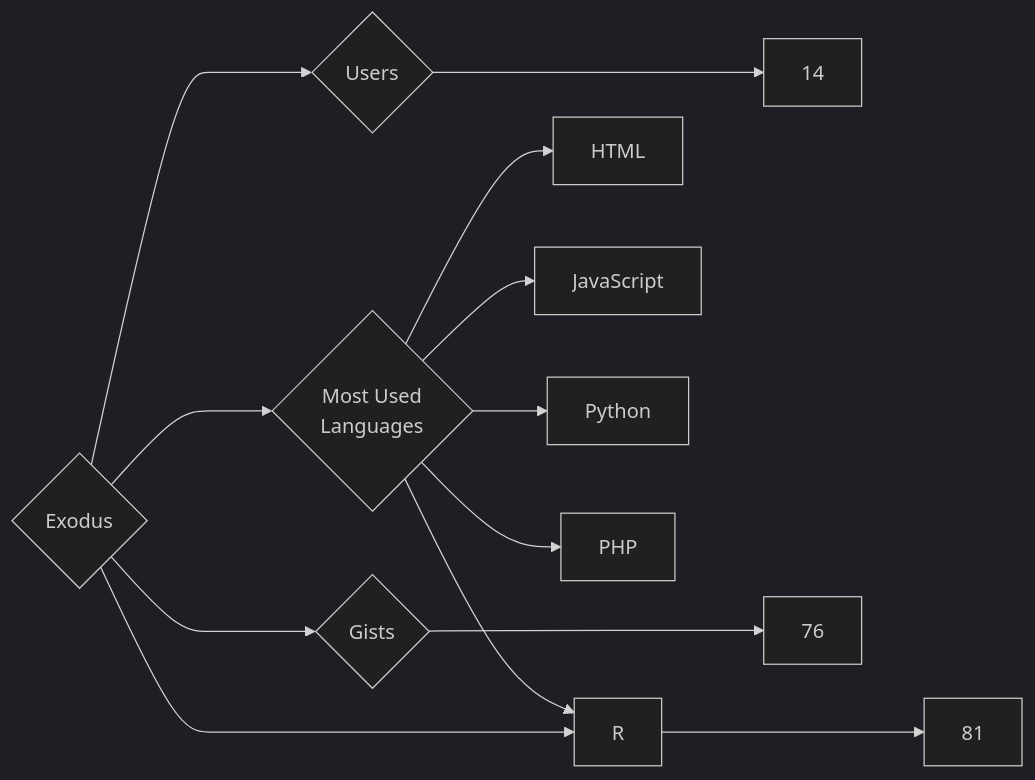
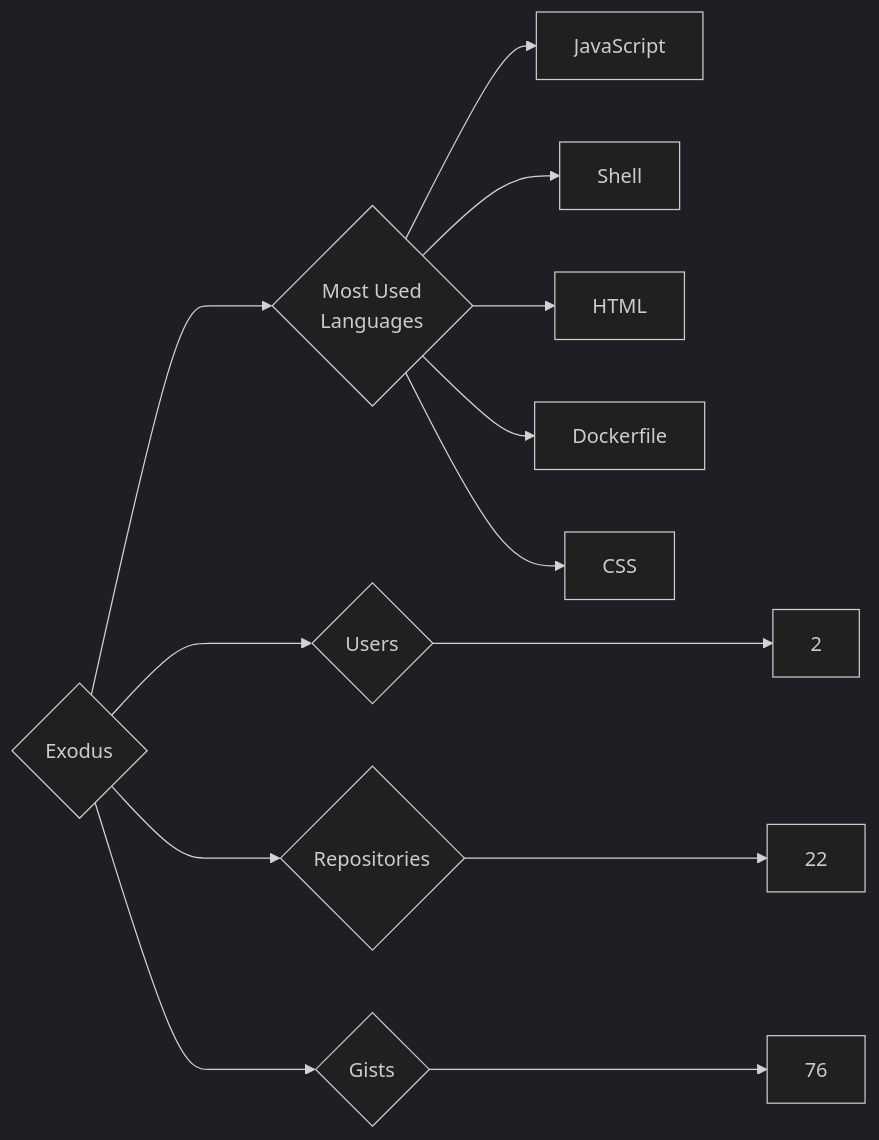
The diagram in targets/Exodus/README.md (trickest/insiders), drawn with Mermaid (dark theme) before and after one commit. The commit also changed 899 other files, not shown here.

````diff
--- a/targets/Exodus/README.md
+++ b/targets/Exodus/README.md
@@ -3,13 +3,13 @@
 ```mermaid
 graph LR
 COMPANY_NAME{Exodus}
-COMPANY_NAME ---> U{Users} ---> UN[14]
-COMPANY_NAME ---> R{Repositories} ---> RN[81]
+COMPANY_NAME ---> U{Users} ---> UN[2]
+COMPANY_NAME ---> R{Repositories} ---> RN[22]
 COMPANY_NAME ---> G{Gists} ---> GN[76]
 COMPANY_NAME ---> ML{Most Used<br>Languages}
+ML --> JavaScript[JavaScript]
+ML --> Shell[Shell]
 ML --> HTML[HTML]
-ML --> JavaScript[JavaScript]
-ML --> R[R]
-ML --> Python[Python]
-ML --> PHP[PHP]
+ML --> Dockerfile[Dockerfile]
+ML --> CSS[CSS]
 ```
````
